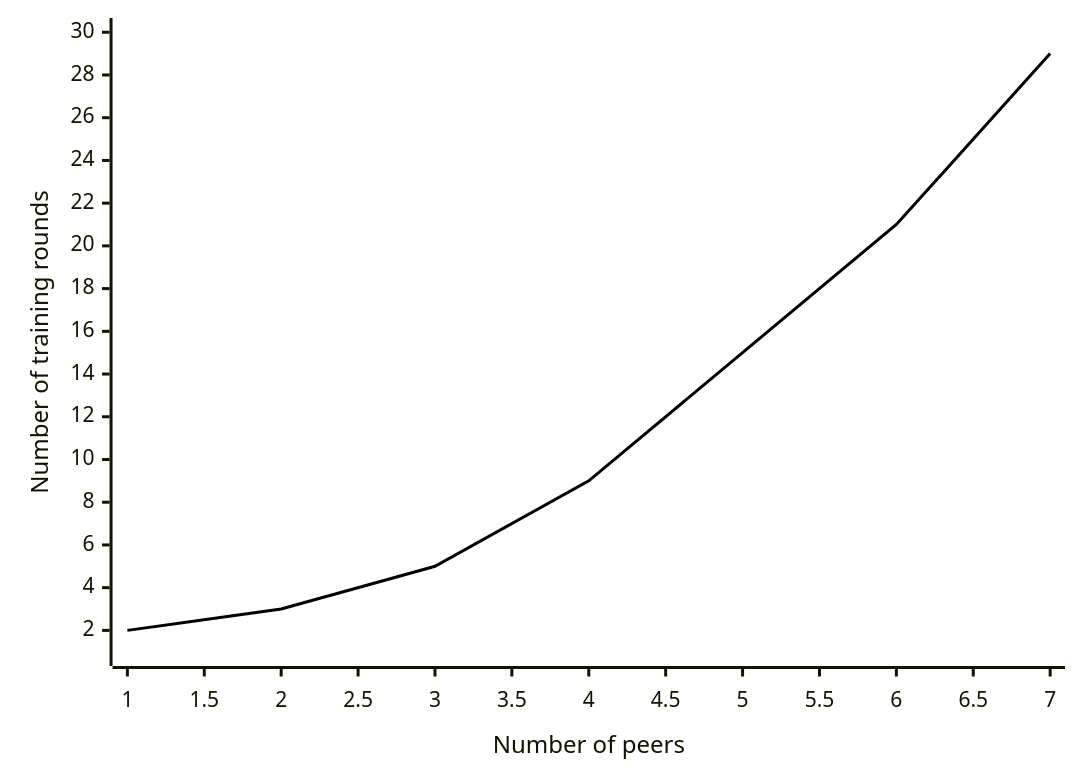
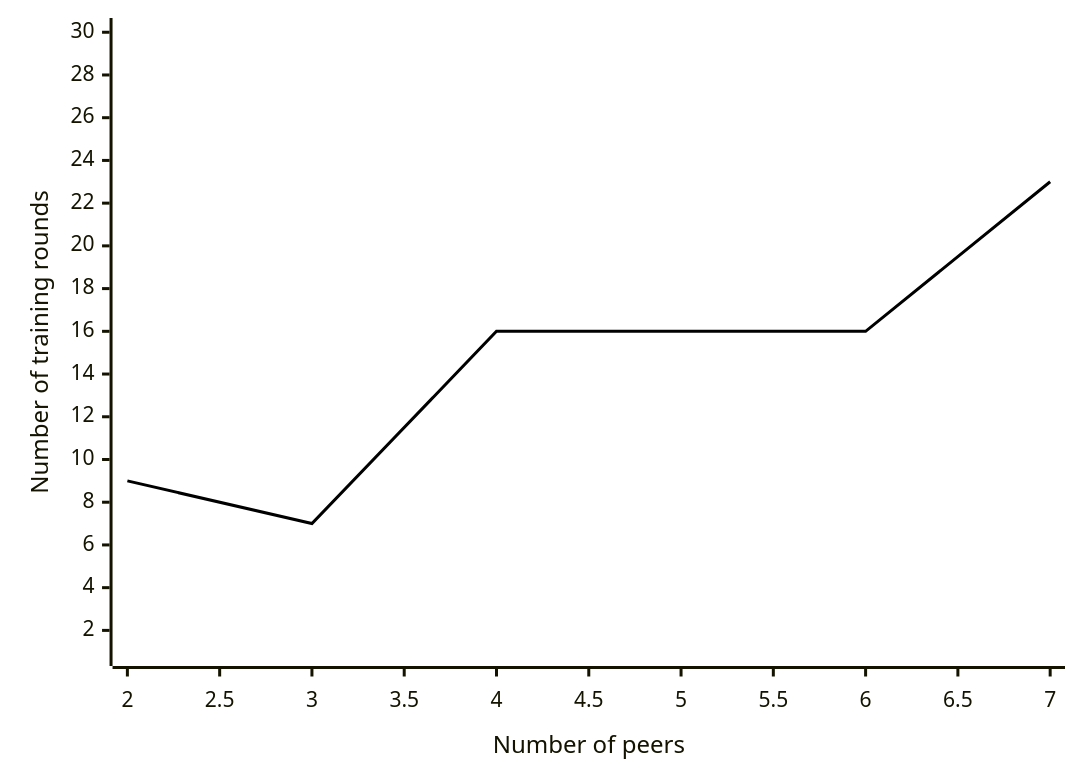
The diagram in doc/assets/src/plot.mmd (Oldranda1414/Privacy-P2P-Federated-Learning), drawn with Mermaid before and after one commit.

Commit message:
replaced template values with actual values in plot

```diff
--- a/doc/assets/src/plot.mmd
+++ b/doc/assets/src/plot.mmd
@@ -1,12 +1,12 @@
 ---
 config:
   themeVariables:
     xyChart:
       plotColorPalette: "#000000"
   theme: base
   look: classic
 ---
 xychart-beta
-    x-axis "Number of peers" 1 --> 7
+    x-axis "Number of peers" 2 --> 7
     y-axis "Number of training rounds" 1 --> 30
-    line [2,3,5,9,15,21,29]
+    line [9,7,16,16,16,23]
```
